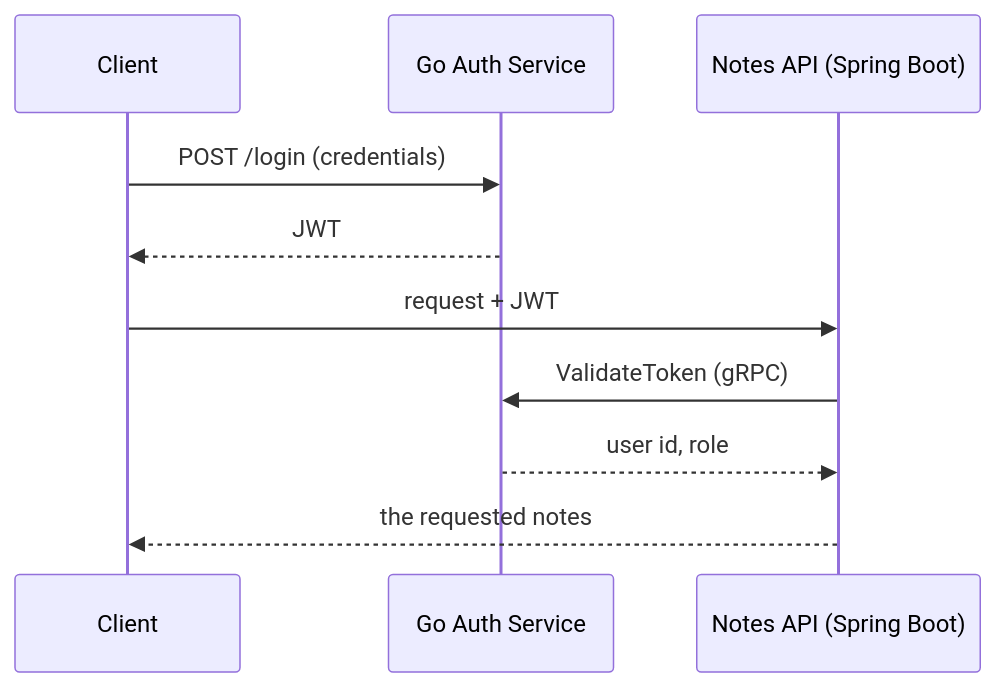
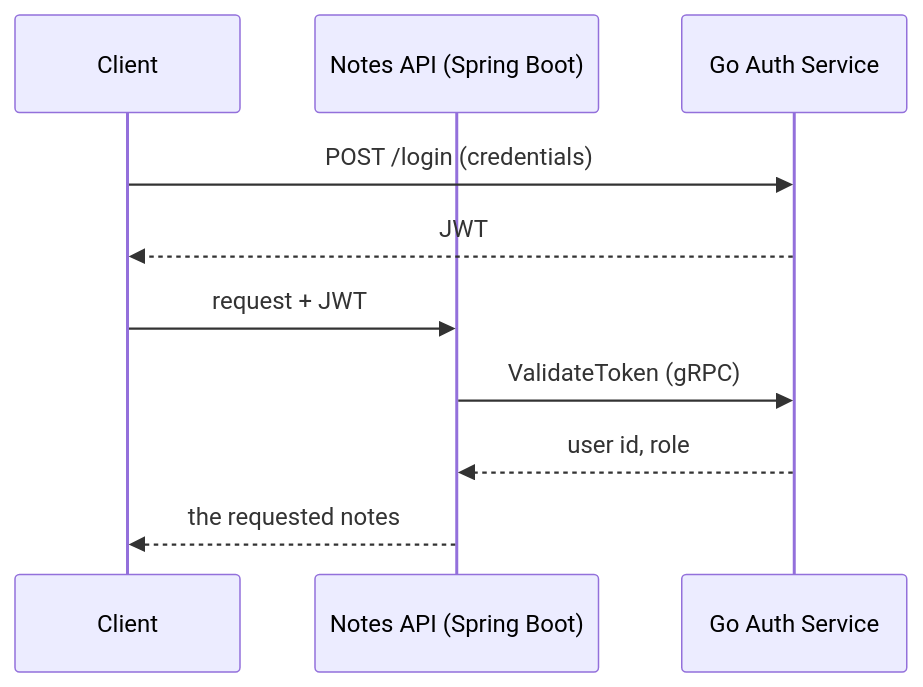
One commit to AshrafAhmed9/go-auth-service changed the diagram in README.md. Above: the diagram before and after it, drawn with Mermaid. The commit also changed other lines of this file, not shown here.

Commit message:
Reorder sequence diagram participants so the request/response arrows don't cross the middle lifeline

````diff
--- a/README.md
+++ b/README.md
@@ -34,13 +34,13 @@
 ```mermaid
 sequenceDiagram
     participant Client
+    participant Java as Notes API (Spring Boot)
     participant Go as Go Auth Service
-    participant Java as Notes API (Spring Boot)
 
     Client->>Go: POST /login (credentials)
     Go-->>Client: JWT
     Client->>Java: request + JWT
     Java->>Go: ValidateToken (gRPC)
     Go-->>Java: user id, role
     Java-->>Client: the requested notes
 ```
````
